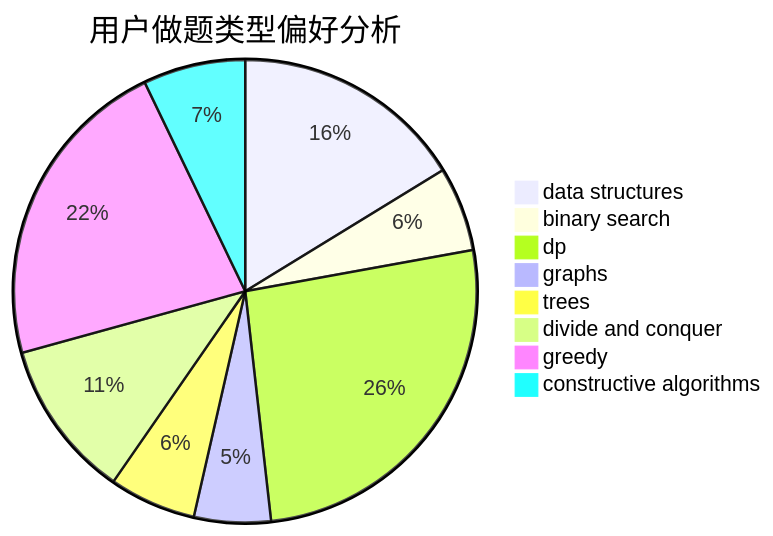
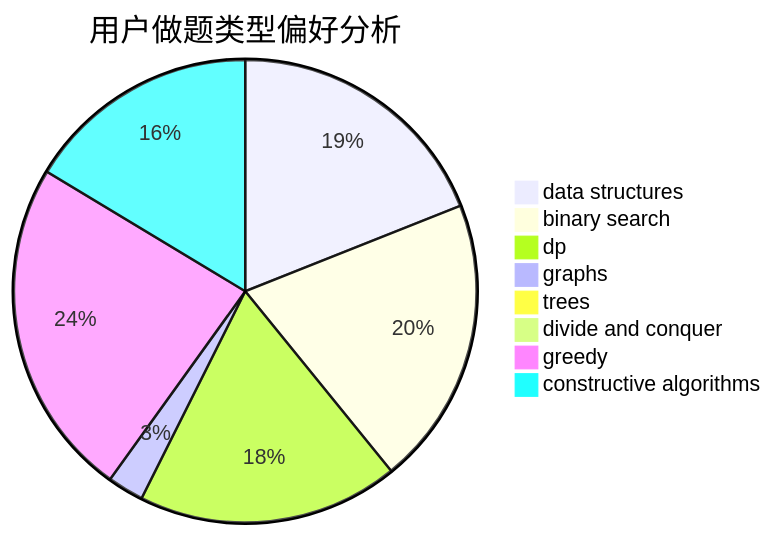
Before and after one commit to sherpahu/cfrs.github.io: the second of 3 diagrams in docs/user/u246.md, drawn with Mermaid. The commit also changed other lines of this file and 2770 other files, not shown here.

````diff
--- a/docs/user/u246.md
+++ b/docs/user/u246.md
@@ -23,11 +23,11 @@
 ```mermaid
 pie title 用户做题类型偏好分析
-    "data structures" :  91
-    "binary search" :  33
-    "dp" :  146
-    "graphs" :  30
-    "trees" :  34
-    "divide and conquer" :  62
-    "greedy" :  124
-    "constructive algorithms" :  40
+    "data structures" :  465
+    "binary search" :  494
+    "dp" :  447
+    "graphs" :  62
+    "trees" :  0
+    "divide and conquer" :  0
+    "greedy" :  581
+    "constructive algorithms" :  401
 ```
````
